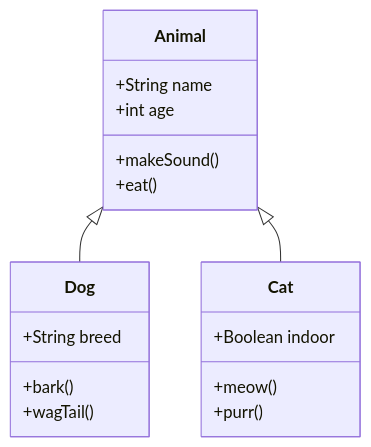
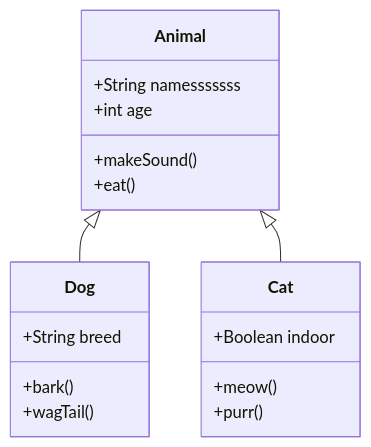
The first of 2 diagrams in demo/03-class-diagram-examples.md (GSejas/mermaid-export-pro), drawn with Mermaid before and after one commit. The commit also changed 37 other files, not shown here.

````diff
--- a/demo/03-class-diagram-examples.md
+++ b/demo/03-class-diagram-examples.md
@@ -7,24 +7,24 @@
 ```mermaid
 classDiagram
     class Animal {
-        +String name
+        +String namesssssss
         +int age
         +makeSound()
         +eat()
     }
     
     class Dog {
         +String breed
         +bark()
         +wagTail()
     }
     
     class Cat {
         +Boolean indoor
         +meow()
         +purr()
     }
     
     Animal <|-- Dog
     Animal <|-- Cat
 ```
````
